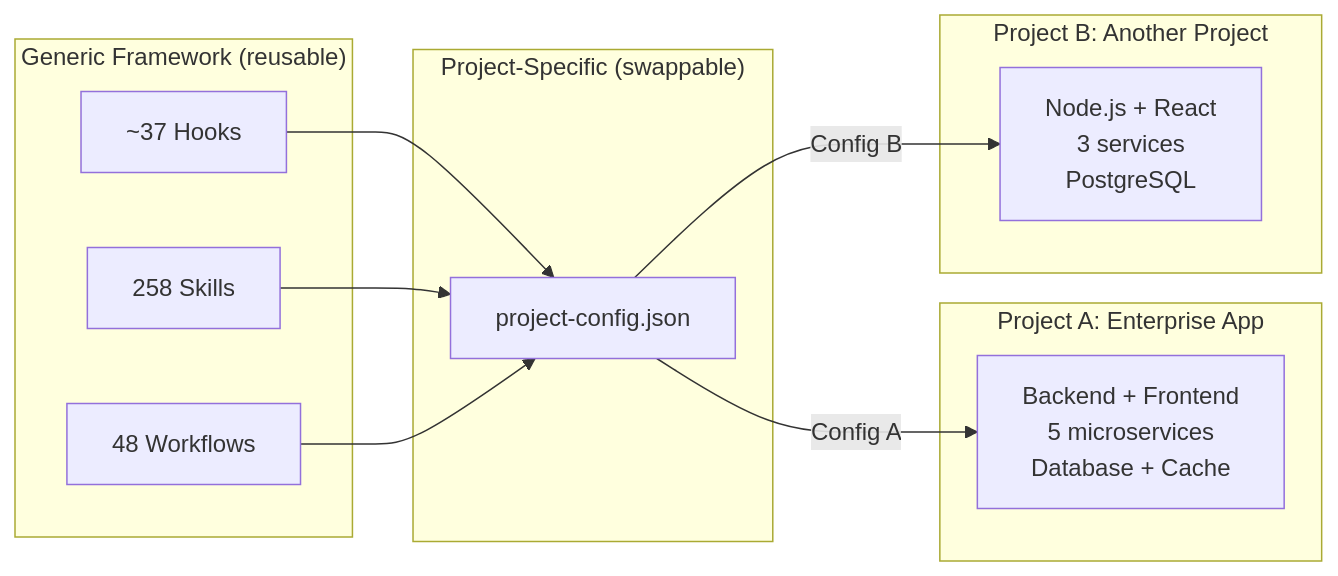
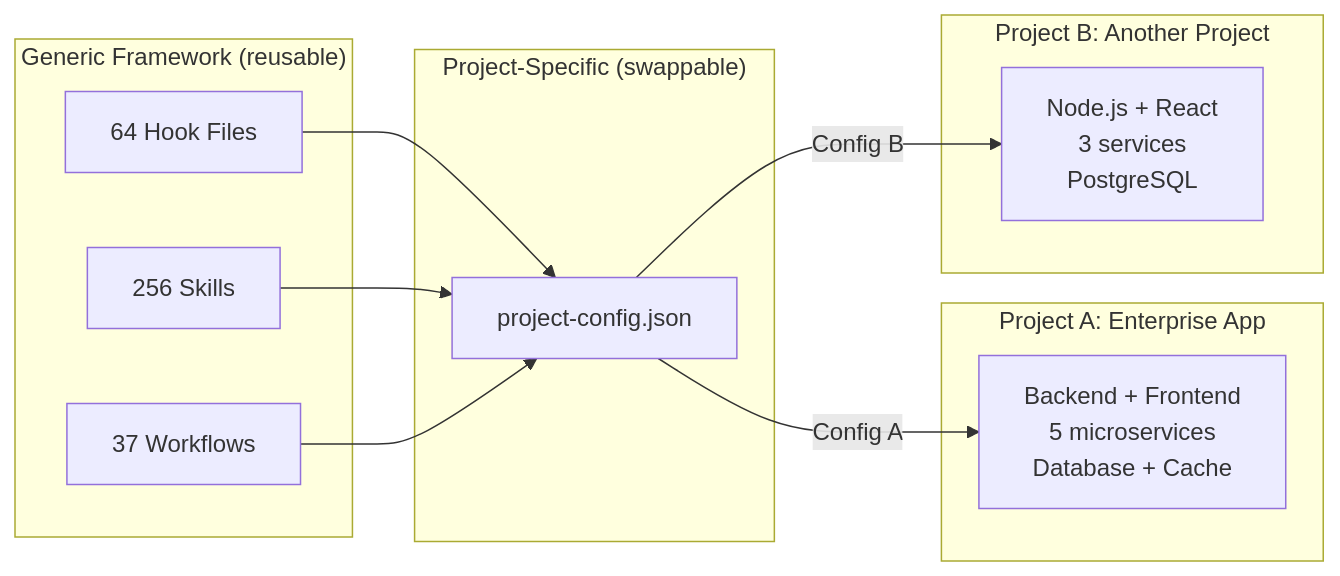
One commit to duc01226/easy-claude changed the eighth of 20 diagrams in .claude/docs/claude-ai-agent-framework-guide.md. Above: the diagram before and after it, drawn with Mermaid. The commit also changed other lines of this file and 630 other files, not shown here.

````diff
--- a/.claude/docs/claude-ai-agent-framework-guide.md
+++ b/.claude/docs/claude-ai-agent-framework-guide.md
@@ -925,24 +919,24 @@
 ```mermaid
 graph LR
     subgraph "Generic Framework (reusable)"
-        H[~37 Hooks]
-        S[258 Skills]
-        W[48 Workflows]
+        H[64 Hook Files]
+        S[256 Skills]
+        W[37 Workflows]
     end
 
     subgraph "Project-Specific (swappable)"
         PC[project-config.json]
     end
 
     subgraph "Project A: Enterprise App"
         PA[Backend + Frontend<br/>5 microservices<br/>Database + Cache]
     end
 
     subgraph "Project B: Another Project"
         PB[Node.js + React<br/>3 services<br/>PostgreSQL]
     end
 
     H & S & W --> PC
     PC -->|Config A| PA
     PC -->|Config B| PB
 ```
````
